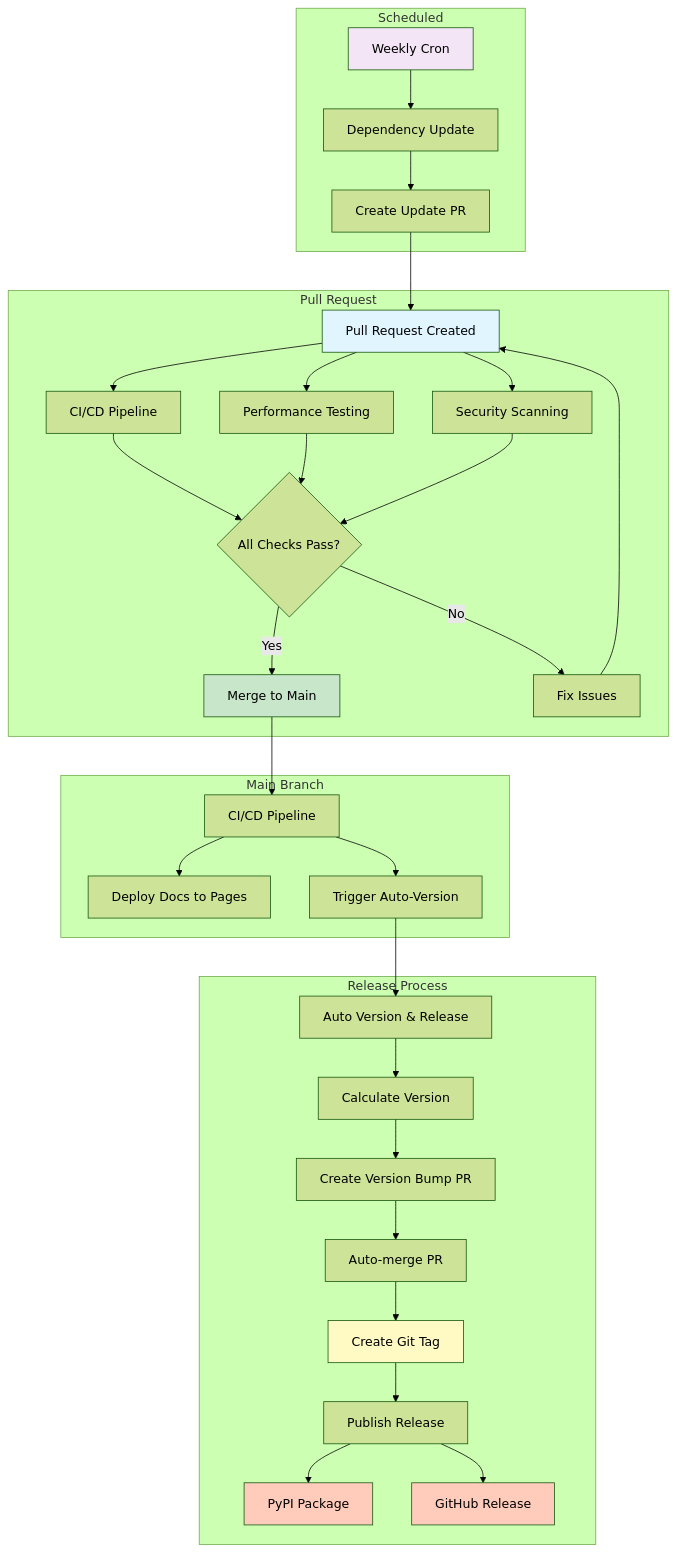
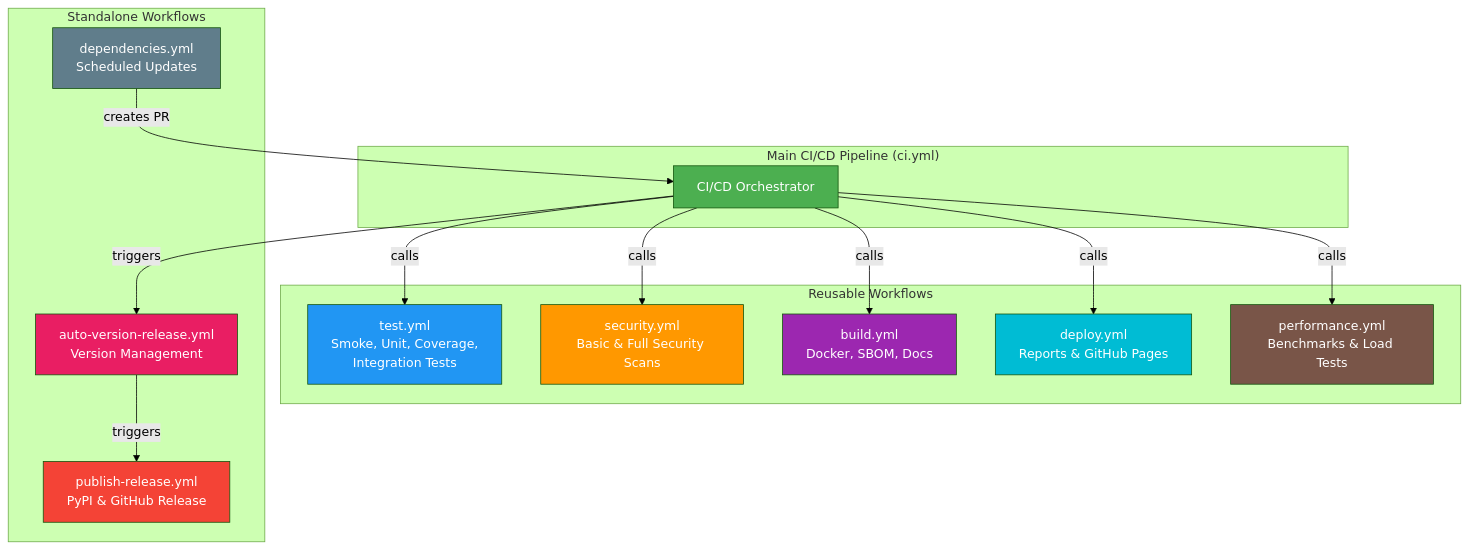
The second of 2 diagrams in docs/WORKFLOW_DIAGRAM.md (jim-wyatt/msn-weather-wrapper), drawn with Mermaid (forest theme) before and after one commit. The commit also changed other lines of this file and 14 other files, not shown here.

First line of the commit message:
feat: refactor CI/CD workflows into modular architecture

````diff
--- a/docs/WORKFLOW_DIAGRAM.md
+++ b/docs/WORKFLOW_DIAGRAM.md
@@ -215,45 +183,39 @@
 ```mermaid
 graph TB
-    subgraph "Pull Request"
-        PR[Pull Request Created]
-        PR --> CI_PR[CI/CD Pipeline]
-        PR --> PERF[Performance Testing]
-        PR --> SEC[Security Scanning]
-        CI_PR --> APPROVE{All Checks Pass?}
-        PERF --> APPROVE
-        SEC --> APPROVE
-        APPROVE -->|Yes| MERGE[Merge to Main]
-        APPROVE -->|No| FIX[Fix Issues]
-        FIX --> PR
+    subgraph "Main CI/CD Pipeline (ci.yml)"
+        CI[CI/CD Orchestrator]
     end
 
-    subgraph "Main Branch"
-        MERGE --> CI_MAIN[CI/CD Pipeline]
-        CI_MAIN --> DEPLOY[Deploy Docs to Pages]
-        CI_MAIN --> TRIGGER[Trigger Auto-Version]
+    subgraph "Reusable Workflows"
+        TEST[test.yml<br/>Smoke, Unit, Coverage,<br/>Integration Tests]
+        SEC[security.yml<br/>Basic & Full Security Scans]
+        BUILD[build.yml<br/>Docker, SBOM, Docs]
+        DEPLOY[deploy.yml<br/>Reports & GitHub Pages]
+        PERF[performance.yml<br/>Benchmarks & Load Tests]
     end
 
-    subgraph "Release Process"
-        TRIGGER --> AUTO[Auto Version & Release]
-        AUTO --> VERSION[Calculate Version]
-        VERSION --> BUMP_PR[Create Version Bump PR]
-        BUMP_PR --> AUTO_MERGE[Auto-merge PR]
-        AUTO_MERGE --> TAG[Create Git Tag]
-        TAG --> PUBLISH[Publish Release]
-        PUBLISH --> PYPI[PyPI Package]
-        PUBLISH --> GH_RELEASE[GitHub Release]
+    subgraph "Standalone Workflows"
+        DEP[dependencies.yml<br/>Scheduled Updates]
+        AUTO[auto-version-release.yml<br/>Version Management]
+        PUB[publish-release.yml<br/>PyPI & GitHub Release]
     end
 
-    subgraph "Scheduled"
-        CRON[Weekly Cron] --> DEP_UPDATE[Dependency Update]
-        DEP_UPDATE --> DEP_PR[Create Update PR]
-        DEP_PR --> PR
-    end
+    CI -->|calls| TEST
+    CI -->|calls| SEC
+    CI -->|calls| BUILD
+    CI -->|calls| DEPLOY
+    CI -->|calls| PERF
+    CI -->|triggers| AUTO
+    AUTO -->|triggers| PUB
+    DEP -->|creates PR| CI
 
-    style PR fill:#e1f5ff
-    style MERGE fill:#c8e6c9
-    style TAG fill:#fff9c4
-    style PYPI fill:#ffccbc
-    style GH_RELEASE fill:#ffccbc
-    style CRON fill:#f3e5f5
+    style CI fill:#4CAF50,color:#fff
+    style TEST fill:#2196F3,color:#fff
+    style SEC fill:#FF9800,color:#fff
+    style BUILD fill:#9C27B0,color:#fff
+    style DEPLOY fill:#00BCD4,color:#fff
+    style PERF fill:#795548,color:#fff
+    style DEP fill:#607D8B,color:#fff
+    style AUTO fill:#E91E63,color:#fff
+    style PUB fill:#F44336,color:#fff
 ```
````
